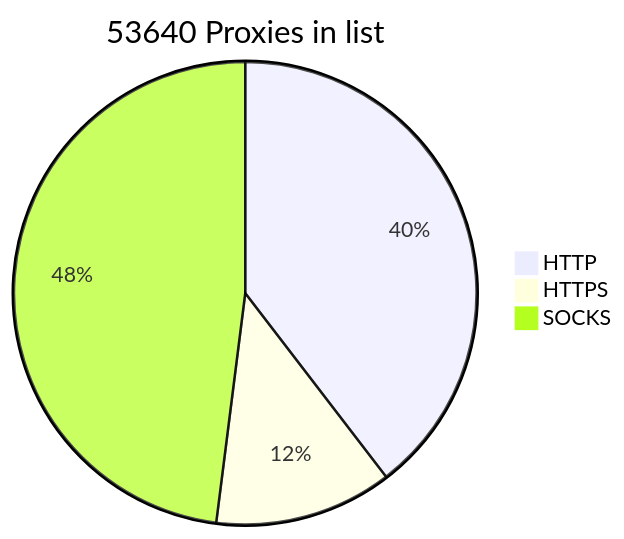
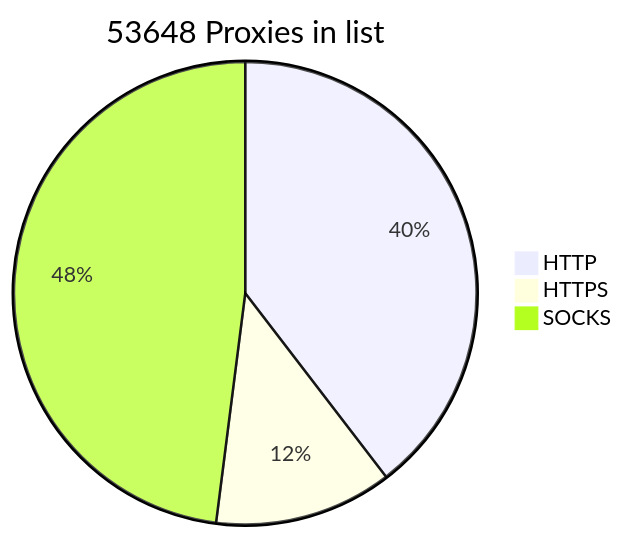
The diagram in README.md (BlackSnowDot/proxylist-update-every-minute), drawn with Mermaid before and after one commit.

````diff
--- a/README.md
+++ b/README.md
@@ -2,6 +2,6 @@
 ```mermaid
-pie title 53640 Proxies in list
-    "HTTP" : 23728
-    "HTTPS": 7449
+pie title 53648 Proxies in list
+    "HTTP" : 23735
+    "HTTPS": 7455
     "SOCKS" : 28773
 ```
````
